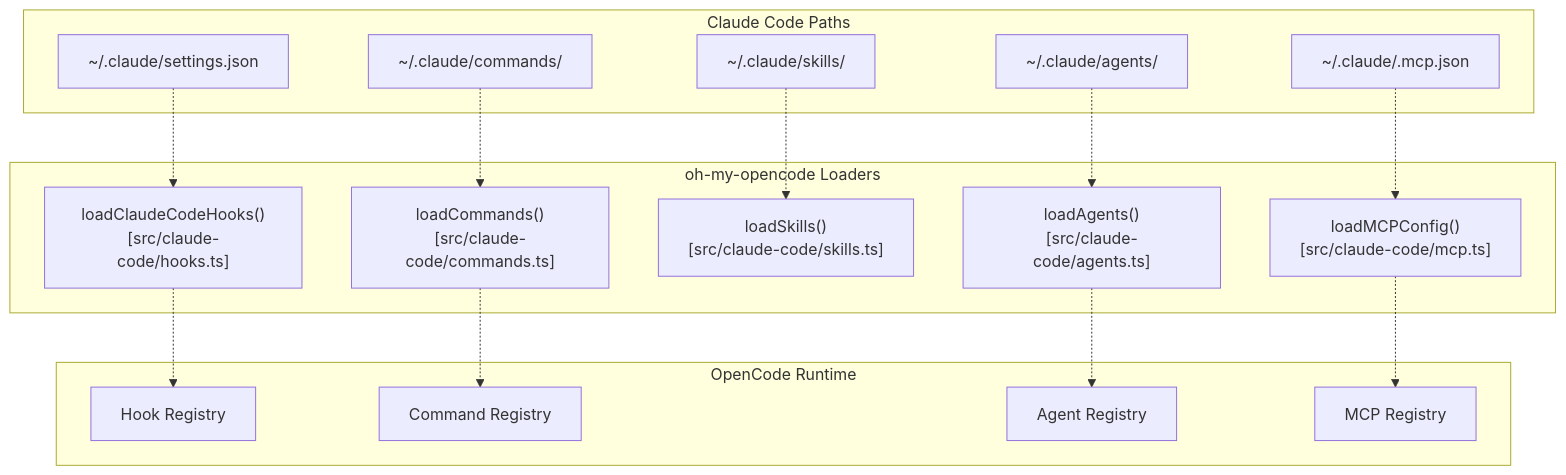
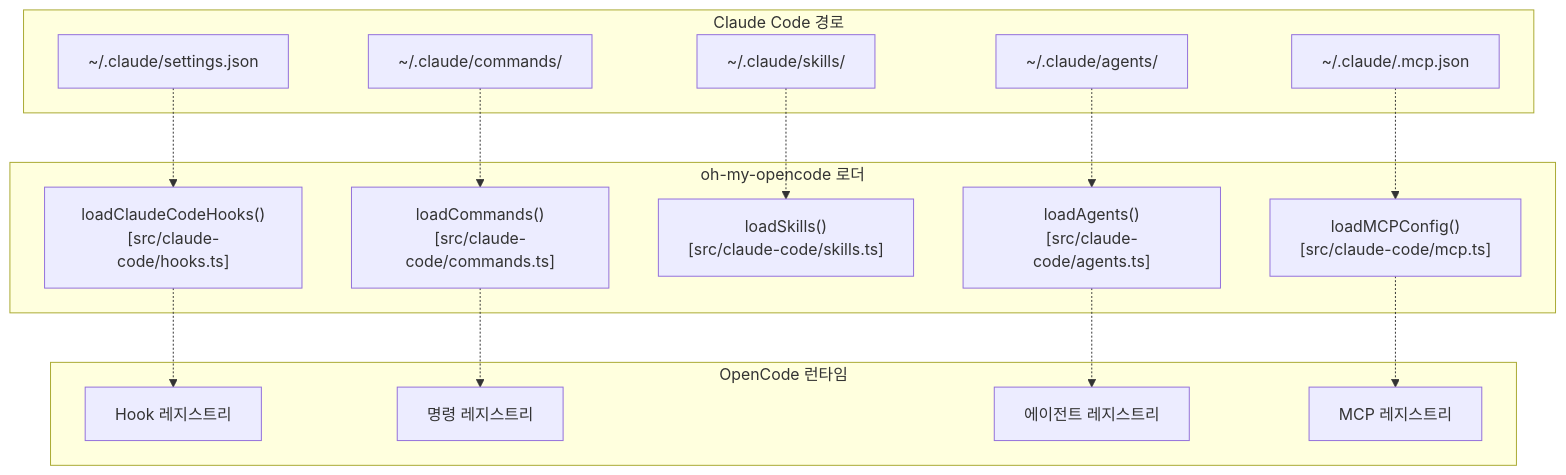
Before and after one commit to felipetruman/oh-my-opencode-docs: diagram 14 of 14 in docs/index.md, drawn with Mermaid. The commit also changed other lines of this file and 76 other files, not shown here.

````diff
--- a/docs/index.md
+++ b/docs/index.md
@@ -894,51 +848,51 @@
 ```mermaid
 flowchart TD
 
 ClaudeSettings["~/.claude/settings.json"]
 ClaudeCommands["~/.claude/commands/"]
 ClaudeSkills["~/.claude/skills/"]
 ClaudeAgents["~/.claude/agents/"]
 ClaudeMCP["~/.claude/.mcp.json"]
 HookLoader["loadClaudeCodeHooks()<br>[src/claude-code/hooks.ts]"]
 CommandLoader["loadCommands()<br>[src/claude-code/commands.ts]"]
 SkillLoader["loadSkills()<br>[src/claude-code/skills.ts]"]
 AgentLoader["loadAgents()<br>[src/claude-code/agents.ts]"]
 MCPLoader["loadMCPConfig()<br>[src/claude-code/mcp.ts]"]
-HookRegistry["Hook Registry"]
-CommandRegistry["Command Registry"]
-AgentRegistry["Agent Registry"]
-MCPRegistry["MCP Registry"]
+HookRegistry["Hook 레지스트리"]
+CommandRegistry["명령 레지스트리"]
+AgentRegistry["에이전트 레지스트리"]
+MCPRegistry["MCP 레지스트리"]
 
 ClaudeSettings -.-> HookLoader
 ClaudeCommands -.-> CommandLoader
 ClaudeSkills -.-> SkillLoader
 ClaudeAgents -.-> AgentLoader
 ClaudeMCP -.-> MCPLoader
 HookLoader -.-> HookRegistry
 CommandLoader -.-> CommandRegistry
 AgentLoader -.-> AgentRegistry
 MCPLoader -.-> MCPRegistry
 
-subgraph Runtime ["OpenCode Runtime"]
+subgraph Runtime ["OpenCode 런타임"]
     HookRegistry
     CommandRegistry
     AgentRegistry
     MCPRegistry
 end
 
-subgraph Loaders ["oh-my-opencode Loaders"]
+subgraph Loaders ["oh-my-opencode 로더"]
     HookLoader
     CommandLoader
     SkillLoader
     AgentLoader
     MCPLoader
 end
 
-subgraph ClaudeCode ["Claude Code Paths"]
+subgraph ClaudeCode ["Claude Code 경로"]
     ClaudeSettings
     ClaudeCommands
     ClaudeSkills
     ClaudeAgents
     ClaudeMCP
 end
 ```
````
